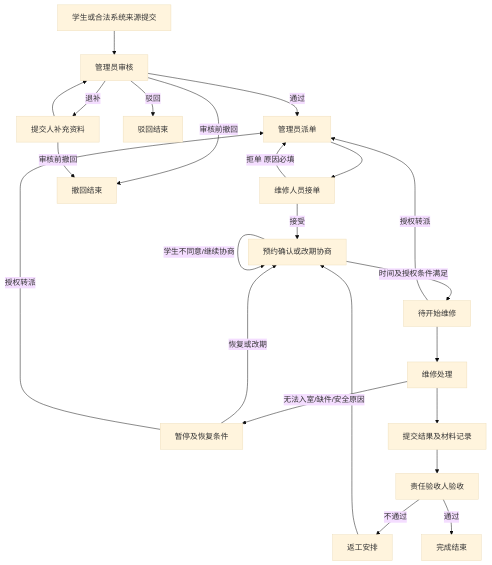
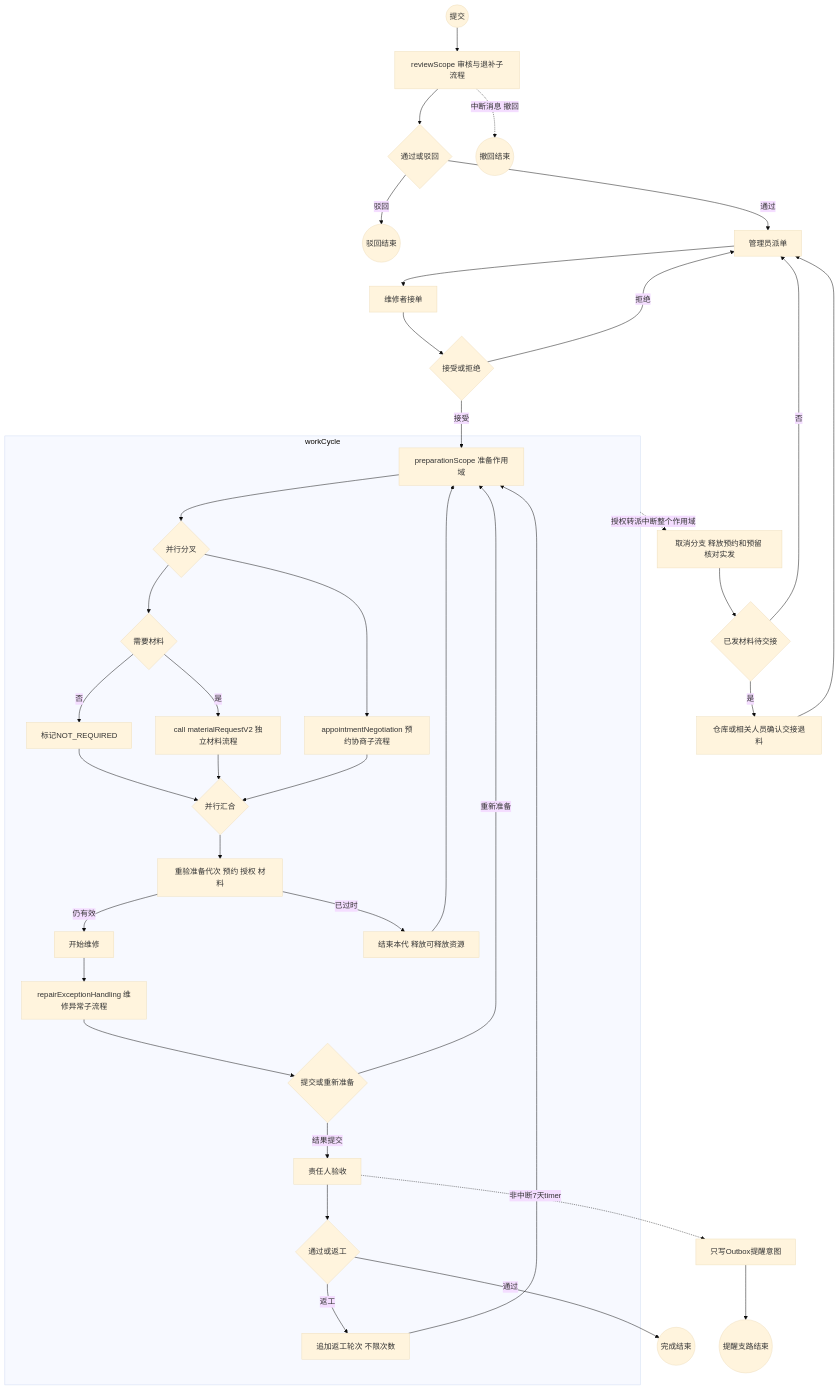
The diagram in docs/v2-design/05-工作流设计.md (XinyuLiu-SCU/dorm-repair), drawn with Mermaid (base theme) before and after one commit. The commit also changed other lines of this file and 18 other files, not shown here.

````diff
--- a/docs/v2-design/05-工作流设计.md
+++ b/docs/v2-design/05-工作流设计.md
@@ -13,25 +11,41 @@
 ```mermaid
 flowchart TD
- A[学生或合法系统来源提交] --> B[管理员审核]
- B -->|退补| C[提交人补充资料]
- C --> B
- B -->|驳回| Z[驳回结束]
- B -->|通过| D[管理员派单]
- D --> E[维修人员接单]
- E -->|拒单 原因必填| D
- E -->|接受| F[预约确认或改期协商]
- F -->|学生不同意/继续协商| F
- F -->|时间及授权条件满足| G[待开始维修]
- G --> H[维修处理]
- H -->|无法入室/缺件/安全原因| I[暂停及恢复条件]
- I -->|恢复或改期| F
- H --> J[提交结果及材料记录]
- J --> K[责任验收人验收]
- K -->|不通过| L[返工安排]
- L --> F
- K -->|通过| M[完成结束]
- B -->|审核前撤回| X[撤回结束]
- C -->|审核前撤回| X
- G -->|授权转派| D
- I -->|授权转派| D
+ S((提交)) --> REV[reviewScope 审核与退补子流程]
+ REV --> RG{通过或驳回}
+ RG -->|驳回| RE((驳回结束))
+ RG -->|通过| D[管理员派单]
+ D --> A[维修者接单]
+ A --> AG{接受或拒绝}
+ AG -->|拒绝| D
+ AG -->|接受| PS
+ subgraph W[workCycle]
+   PS[preparationScope 准备作用域] --> F{并行分叉}
+   F --> AP[appointmentNegotiation 预约协商子流程]
+   F --> NEED{需要材料}
+   NEED -->|否| NP[标记NOT_REQUIRED]
+   NEED -->|是| MAT[call materialRequestV2 独立材料流程]
+   NP --> J{并行汇合}
+   MAT --> J
+   AP --> J
+   J --> CHECK[重验准备代次 预约 授权 材料]
+   CHECK -->|仍有效| ST[开始维修]
+   CHECK -->|已过时| REPLAN[结束本代 释放可释放资源]
+   REPLAN --> PS
+   ST --> EX[repairExceptionHandling 维修异常子流程]
+   EX --> XG{提交或重新准备}
+   XG -->|重新准备| PS
+   XG -->|结果提交| AC[责任人验收]
+   AC --> CG{通过或返工}
+   CG -->|返工| ROUND[追加返工轮次 不限次数]
+   ROUND --> PS
+ end
+ CG -->|通过| END((完成结束))
+ REV -.中断消息 撤回.-> CAN((撤回结束))
+ W -.授权转派中断整个作用域.-> CLEAN[取消分支 释放预约和预留 核对实发]
+ CLEAN --> SETTLE{已发材料待交接}
+ SETTLE -->|是| HAND[仓库或相关人员确认交接退料]
+ SETTLE -->|否| D
+ HAND --> D
+ AC -.非中断7天timer.-> REM[只写Outbox提醒意图]
+ REM --> REND((提醒支路结束))
 ```
````
